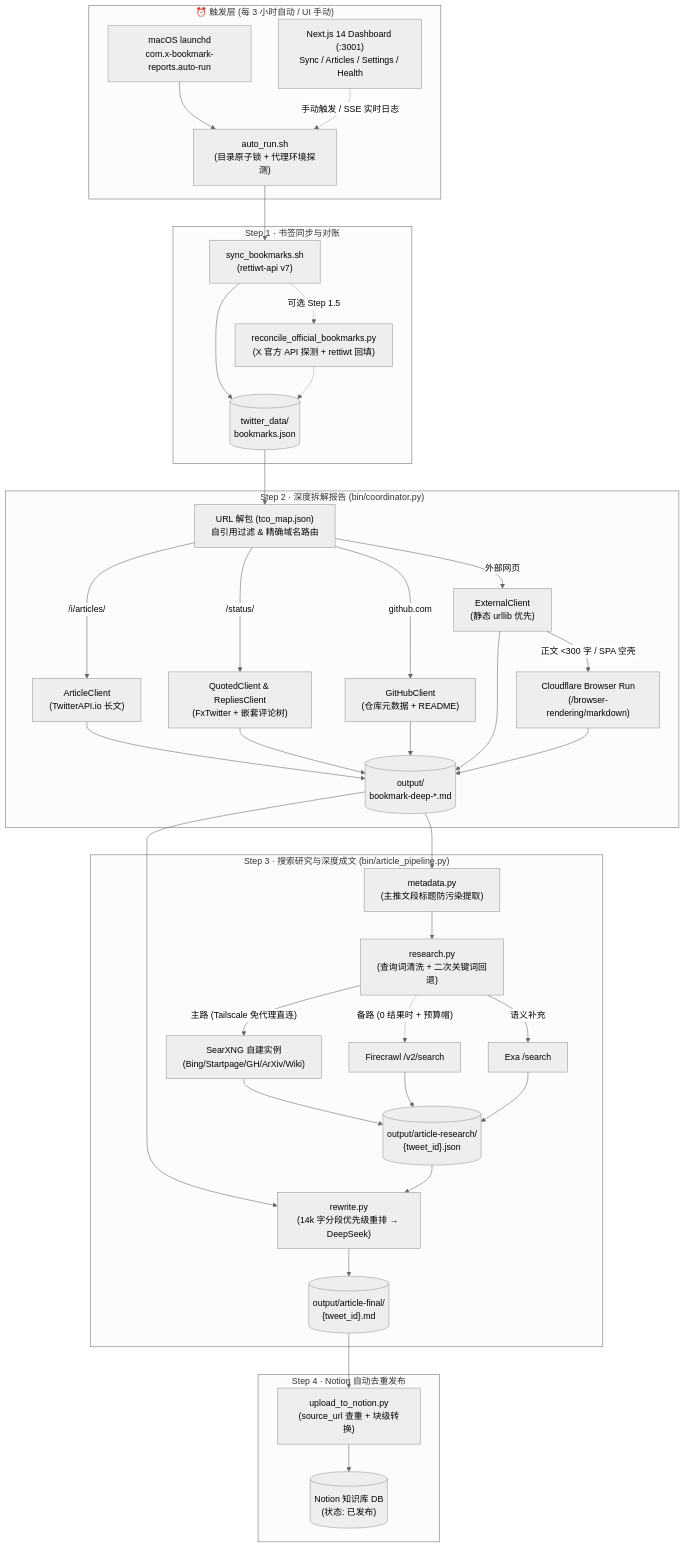
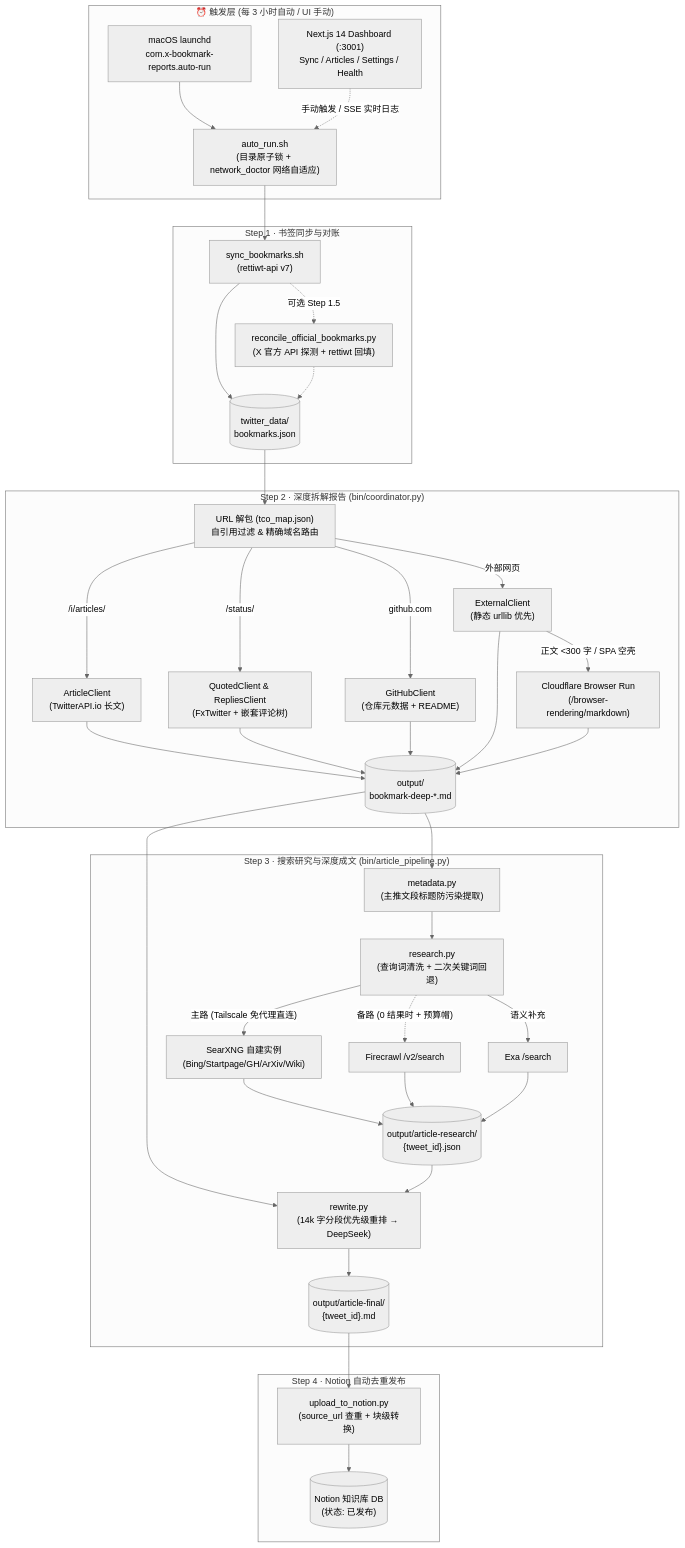
One commit to 6tizer/x-bookmark-reports changed the diagram in README.md. Above: the diagram before and after it, drawn with Mermaid (neutral theme). The commit also changed other lines of this file and 11 other files, not shown here.

First line of the commit message:
fix(network,auto_run,ui): 网络自适应 + 一键修复网络 + 修复流水线停摆（B-AUTO-RUN-PROXY-BASH32）

````diff
--- a/README.md
+++ b/README.md
@@ -43,40 +43,40 @@
 ```mermaid
 flowchart TB
     subgraph Trigger["⏰ 触发层 (每 3 小时自动 / UI 手动)"]
-        L["macOS launchd<br/>com.x-bookmark-reports.auto-run"] --> AR["auto_run.sh<br/>(目录原子锁 + 代理环境探测)"]
+        L["macOS launchd<br/>com.x-bookmark-reports.auto-run"] --> AR["auto_run.sh<br/>(目录原子锁 + network_doctor 网络自适应)"]
         UI["Next.js 14 Dashboard (:3001)<br/>Sync / Articles / Settings / Health"] -.->|"手动触发 / SSE 实时日志"| AR
     end
 
     subgraph Step1["Step 1 · 书签同步与对账"]
         AR --> S1["sync_bookmarks.sh<br/>(rettiwt-api v7)"]
         S1 --> BM[("twitter_data/<br/>bookmarks.json")]
         S1 -.->|"可选 Step 1.5"| REC["reconcile_official_bookmarks.py<br/>(X 官方 API 探测 + rettiwt 回填)"]
         REC -.-> BM
     end
 
     subgraph Step2["Step 2 · 深度拆解报告 (bin/coordinator.py)"]
         BM --> COORD["URL 解包 (tco_map.json)<br/>自引用过滤 & 精确域名路由"]
         COORD -->|"/i/articles/"| ART["ArticleClient<br/>(TwitterAPI.io 长文)"]
         COORD -->|"/status/"| QUO["QuotedClient & RepliesClient<br/>(FxTwitter + 嵌套评论树)"]
         COORD -->|"github.com"| GH["GitHubClient<br/>(仓库元数据 + README)"]
         COORD -->|"外部网页"| EXT["ExternalClient<br/>(静态 urllib 优先)"]
         EXT -->|"正文 <300 字 / SPA 空壳"| CF["Cloudflare Browser Run<br/>(/browser-rendering/markdown)"]
         ART & QUO & GH & EXT & CF --> DRAFT[("output/<br/>bookmark-deep-*.md")]
     end
 
     subgraph Step3["Step 3 · 搜索研究与深度成文 (bin/article_pipeline.py)"]
         DRAFT --> META["metadata.py<br/>(主推文段标题防污染提取)"]
         META --> RSCH["research.py<br/>(查询词清洗 + 二次关键词回退)"]
         RSCH -->|"主路 (Tailscale 免代理直连)"| SX["SearXNG 自建实例<br/>(Bing/Startpage/GH/ArXiv/Wiki)"]
         RSCH -.->|"备路 (0 结果时 + 预算帽)"| FC["Firecrawl /v2/search"]
         RSCH -->|"语义补充"| EXA["Exa /search"]
         SX & FC & EXA --> BUNDLE[("output/article-research/<br/>{tweet_id}.json")]
         DRAFT & BUNDLE --> RW["rewrite.py<br/>(14k 字分段优先级重排 → DeepSeek)"]
         RW --> FINAL[("output/article-final/<br/>{tweet_id}.md")]
     end
 
     subgraph Step4["Step 4 · Notion 自动去重发布"]
         FINAL --> UP["upload_to_notion.py<br/>(source_url 查重 + 块级转换)"]
         UP --> NOTION[("Notion 知识库 DB<br/>(状态: 已发布)")]
     end
 ```
````
